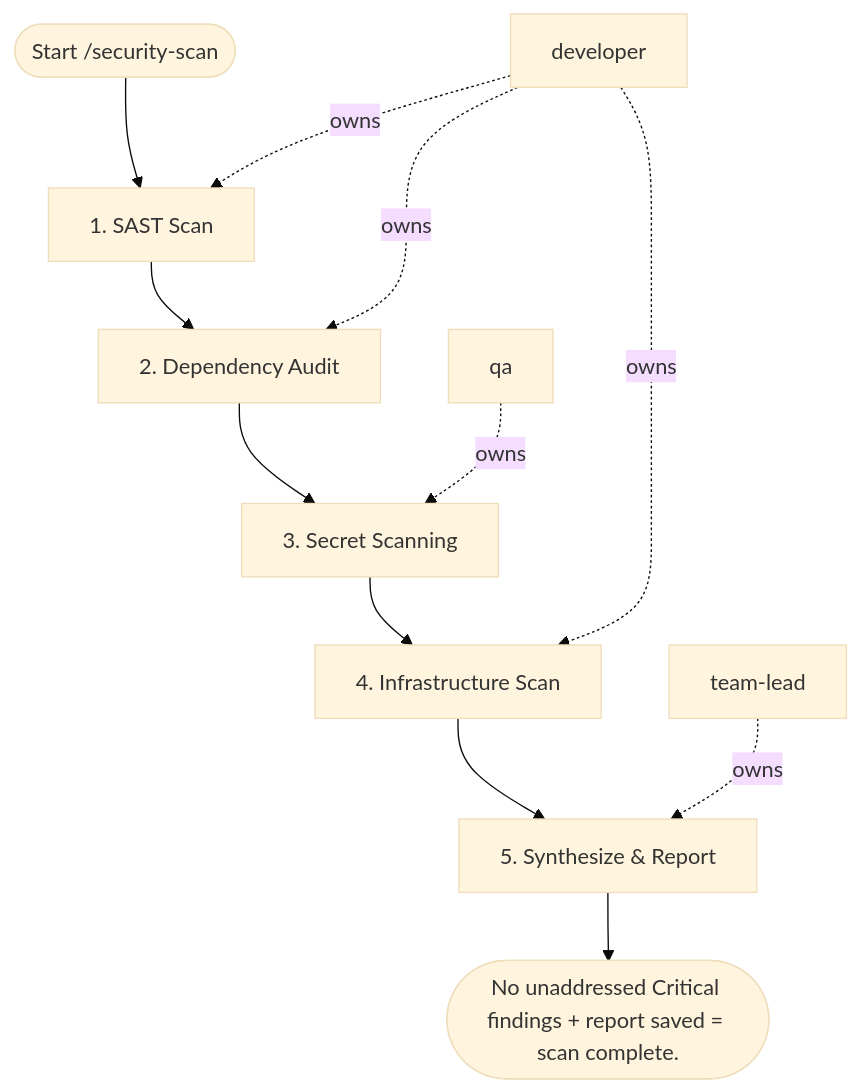
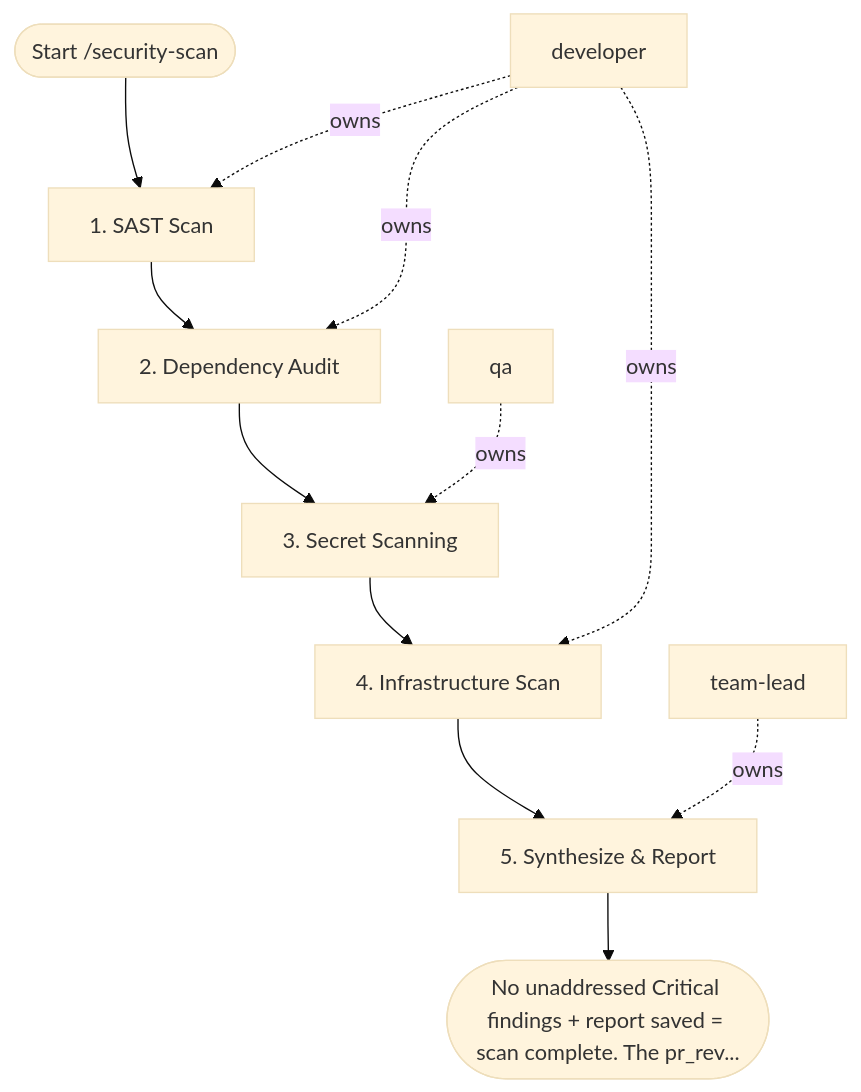
Before and after one commit to sawrus/agent-guides: the diagram in areas/software/security/workflows/security-scan.md, drawn with Mermaid (base theme). The commit also changed other lines of this file and 88 other files, not shown here.

````diff
--- a/areas/software/security/workflows/security-scan.md
+++ b/areas/software/security/workflows/security-scan.md
@@ -66,24 +66,24 @@
 ```mermaid
 flowchart TD
   start(["Start /security-scan"])
   role_1["developer"]
   role_2["qa"]
   role_3["team-lead"]
   step_1["1. SAST Scan"]
   step_2["2. Dependency Audit"]
   step_3["3. Secret Scanning"]
   step_4["4. Infrastructure Scan"]
   step_5["5. Synthesize & Report"]
-  exit(["No unaddressed Critical findings + report saved = scan complete."])
+  exit(["No unaddressed Critical findings + report saved = scan complete. The pr_rev..."])
   start --> step_1
   step_1 --> step_2
   step_2 --> step_3
   step_3 --> step_4
   step_4 --> step_5
   step_5 --> exit
   role_1 -. owns .-> step_1
   role_1 -. owns .-> step_2
   role_2 -. owns .-> step_3
   role_1 -. owns .-> step_4
   role_3 -. owns .-> step_5
 ```
````
